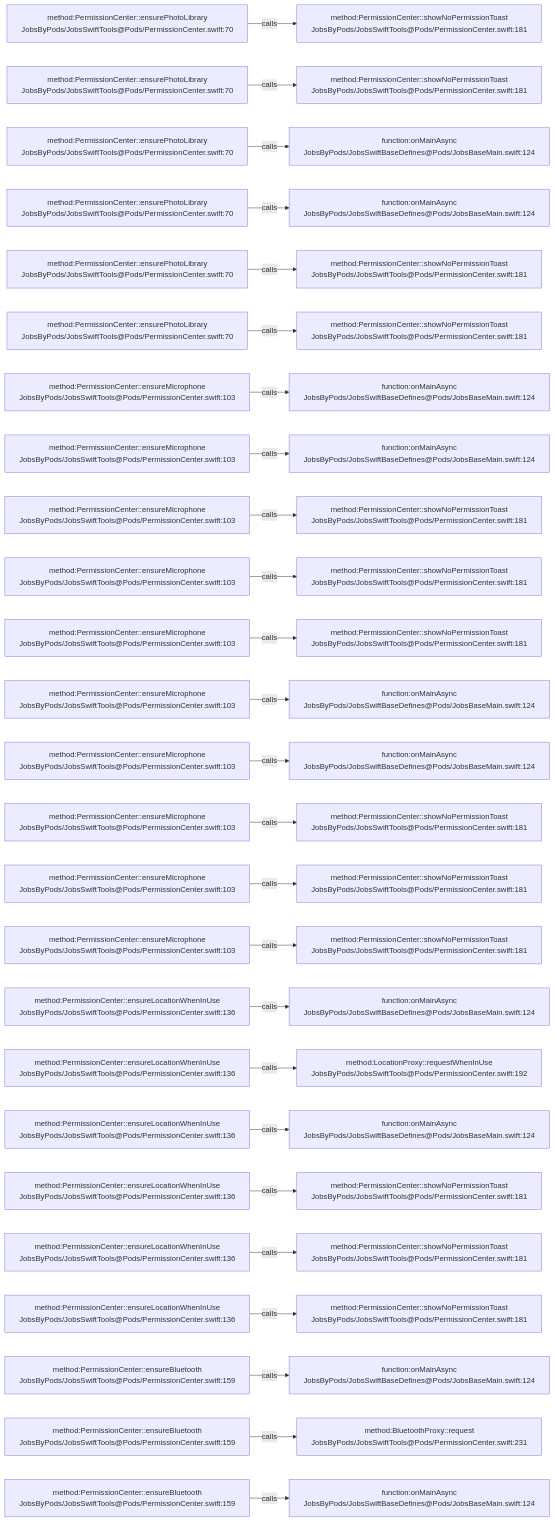
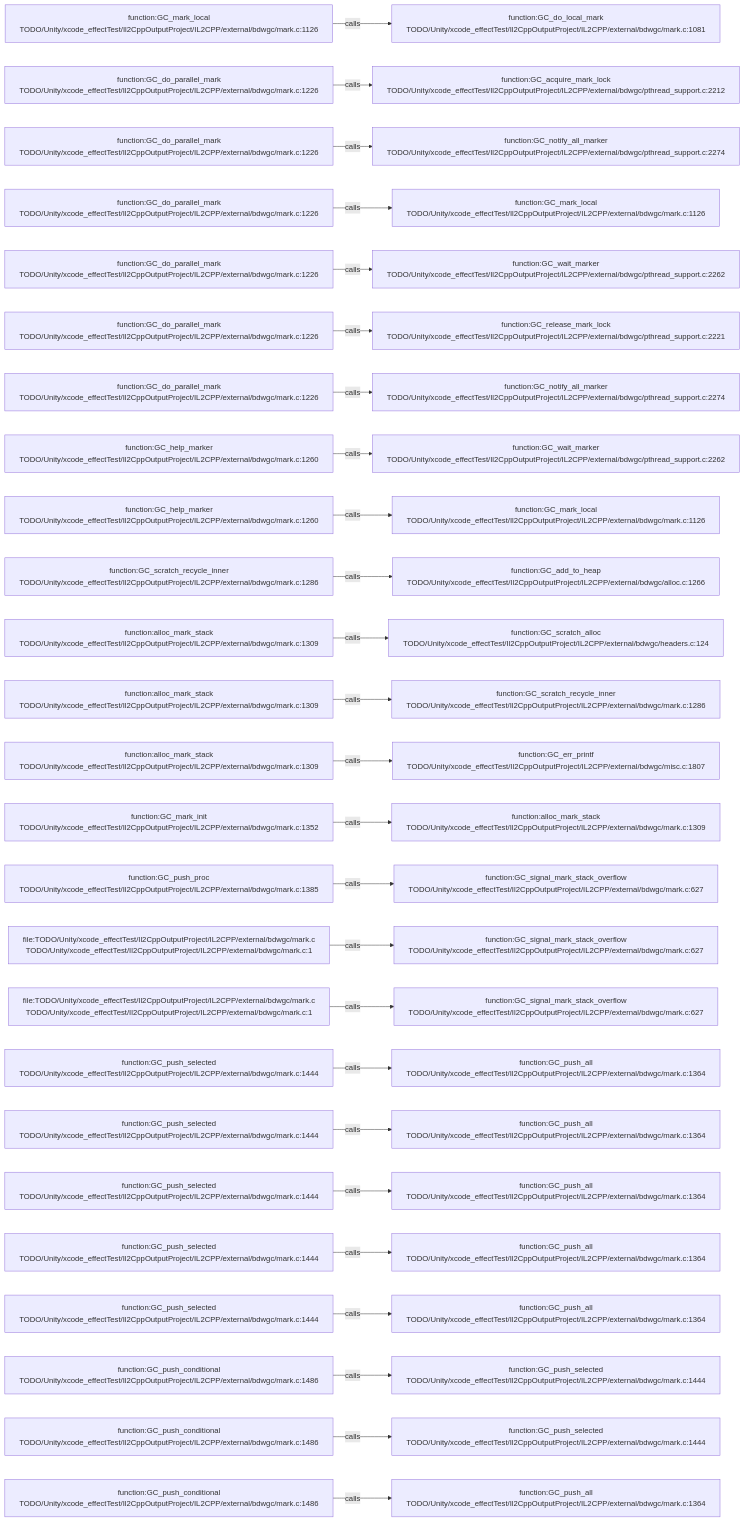
Before and after one commit to JobsKits/JobsSwiftBaseConfigDemo: the diagram in .codegraph/codegraph.md/graphs/calls-199.md, drawn with Mermaid. The commit also changed 569 other files, not shown here.

````diff
--- a/.codegraph/codegraph.md/graphs/calls-199.md
+++ b/.codegraph/codegraph.md/graphs/calls-199.md
@@ -13,78 +13,78 @@
 ```mermaid
 flowchart LR
-  S1["method:PermissionCenter::ensurePhotoLibrary<br/>JobsByPods/JobsSwiftTools@Pods/PermissionCenter.swift:70"]
-  T1["method:PermissionCenter::showNoPermissionToast<br/>JobsByPods/JobsSwiftTools@Pods/PermissionCenter.swift:181"]
+  S1["function:GC_mark_local<br/>TODO/Unity/xcode_effectTest/Il2CppOutputProject/IL2CPP/external/bdwgc/mark.c:1126"]
+  T1["function:GC_do_local_mark<br/>TODO/Unity/xcode_effectTest/Il2CppOutputProject/IL2CPP/external/bdwgc/mark.c:1081"]
   S1 -->|calls| T1
-  S2["method:PermissionCenter::ensurePhotoLibrary<br/>JobsByPods/JobsSwiftTools@Pods/PermissionCenter.swift:70"]
-  T2["method:PermissionCenter::showNoPermissionToast<br/>JobsByPods/JobsSwiftTools@Pods/PermissionCenter.swift:181"]
+  S2["function:GC_do_parallel_mark<br/>TODO/Unity/xcode_effectTest/Il2CppOutputProject/IL2CPP/external/bdwgc/mark.c:1226"]
+  T2["function:GC_acquire_mark_lock<br/>TODO/Unity/xcode_effectTest/Il2CppOutputProject/IL2CPP/external/bdwgc/pthread_support.c:2212"]
   S2 -->|calls| T2
-  S3["method:PermissionCenter::ensurePhotoLibrary<br/>JobsByPods/JobsSwiftTools@Pods/PermissionCenter.swift:70"]
-  T3["function:onMainAsync<br/>JobsByPods/JobsSwiftBaseDefines@Pods/JobsBaseMain.swift:124"]
+  S3["function:GC_do_parallel_mark<br/>TODO/Unity/xcode_effectTest/Il2CppOutputProject/IL2CPP/external/bdwgc/mark.c:1226"]
+  T3["function:GC_notify_all_marker<br/>TODO/Unity/xcode_effectTest/Il2CppOutputProject/IL2CPP/external/bdwgc/pthread_support.c:2274"]
   S3 -->|calls| T3
-  S4["method:PermissionCenter::ensurePhotoLibrary<br/>JobsByPods/JobsSwiftTools@Pods/PermissionCenter.swift:70"]
-  T4["function:onMainAsync<br/>JobsByPods/JobsSwiftBaseDefines@Pods/JobsBaseMain.swift:124"]
+  S4["function:GC_do_parallel_mark<br/>TODO/Unity/xcode_effectTest/Il2CppOutputProject/IL2CPP/external/bdwgc/mark.c:1226"]
+  T4["function:GC_mark_local<br/>TODO/Unity/xcode_effectTest/Il2CppOutputProject/IL2CPP/external/bdwgc/mark.c:1126"]
   S4 -->|calls| T4
-  S5["method:PermissionCenter::ensurePhotoLibrary<br/>JobsByPods/JobsSwiftTools@Pods/PermissionCenter.swift:70"]
-  T5["method:PermissionCenter::showNoPermissionToast<br/>JobsByPods/JobsSwiftTools@Pods/PermissionCenter.swift:181"]
+  S5["function:GC_do_parallel_mark<br/>TODO/Unity/xcode_effectTest/Il2CppOutputProject/IL2CPP/external/bdwgc/mark.c:1226"]
+  T5["function:GC_wait_marker<br/>TODO/Unity/xcode_effectTest/Il2CppOutputProject/IL2CPP/external/bdwgc/pthread_support.c:2262"]
   S5 -->|calls| T5
-  S6["method:PermissionCenter::ensurePhotoLibrary<br/>JobsByPods/JobsSwiftTools@Pods/PermissionCenter.swift:70"]
-  T6["method:PermissionCenter::showNoPermissionToast<br/>JobsByPods/JobsSwiftTools@Pods/PermissionCenter.swift:181"]
+  S6["function:GC_do_parallel_mark<br/>TODO/Unity/xcode_effectTest/Il2CppOutputProject/IL2CPP/external/bdwgc/mark.c:1226"]
+  T6["function:GC_release_mark_lock<br/>TODO/Unity/xcode_effectTest/Il2CppOutputProject/IL2CPP/external/bdwgc/pthread_support.c:2221"]
   S6 -->|calls| T6
-  S7["method:PermissionCenter::ensureMicrophone<br/>JobsByPods/JobsSwiftTools@Pods/PermissionCenter.swift:103"]
-  T7["function:onMainAsync<br/>JobsByPods/JobsSwiftBaseDefines@Pods/JobsBaseMain.swift:124"]
+  S7["function:GC_do_parallel_mark<br/>TODO/Unity/xcode_effectTest/Il2CppOutputProject/IL2CPP/external/bdwgc/mark.c:1226"]
+  T7["function:GC_notify_all_marker<br/>TODO/Unity/xcode_effectTest/Il2CppOutputProject/IL2CPP/external/bdwgc/pthread_support.c:2274"]
   S7 -->|calls| T7
-  S8["method:PermissionCenter::ensureMicrophone<br/>JobsByPods/JobsSwiftTools@Pods/PermissionCenter.swift:103"]
-  T8["function:onMainAsync<br/>JobsByPods/JobsSwiftBaseDefines@Pods/JobsBaseMain.swift:124"]
+  S8["function:GC_help_marker<br/>TODO/Unity/xcode_effectTest/Il2CppOutputProject/IL2CPP/external/bdwgc/mark.c:1260"]
+  T8["function:GC_wait_marker<br/>TODO/Unity/xcode_effectTest/Il2CppOutputProject/IL2CPP/external/bdwgc/pthread_support.c:2262"]
   S8 -->|calls| T8
-  S9["method:PermissionCenter::ensureMicrophone<br/>JobsByPods/JobsSwiftTools@Pods/PermissionCenter.swift:103"]
-  T9["method:PermissionCenter::showNoPermissionToast<br/>JobsByPods/JobsSwiftTools@Pods/PermissionCenter.swift:181"]
+  S9["function:GC_help_marker<br/>TODO/Unity/xcode_effectTest/Il2CppOutputProject/IL2CPP/external/bdwgc/mark.c:1260"]
+  T9["function:GC_mark_local<br/>TODO/Unity/xcode_effectTest/Il2CppOutputProject/IL2CPP/external/bdwgc/mark.c:1126"]
   S9 -->|calls| T9
-  S10["method:PermissionCenter::ensureMicrophone<br/>JobsByPods/JobsSwiftTools@Pods/PermissionCenter.swift:103"]
-  T10["method:PermissionCenter::showNoPermissionToast<br/>JobsByPods/JobsSwiftTools@Pods/PermissionCenter.swift:181"]
+  S10["function:GC_scratch_recycle_inner<br/>TODO/Unity/xcode_effectTest/Il2CppOutputProject/IL2CPP/external/bdwgc/mark.c:1286"]
+  T10["function:GC_add_to_heap<br/>TODO/Unity/xcode_effectTest/Il2CppOutputProject/IL2CPP/external/bdwgc/alloc.c:1266"]
   S10 -->|calls| T10
-  S11["method:PermissionCenter::ensureMicrophone<br/>JobsByPods/JobsSwiftTools@Pods/PermissionCenter.swift:103"]
-  T11["method:PermissionCenter::showNoPermissionToast<br/>JobsByPods/JobsSwiftTools@Pods/PermissionCenter.swift:181"]
+  S11["function:alloc_mark_stack<br/>TODO/Unity/xcode_effectTest/Il2CppOutputProject/IL2CPP/external/bdwgc/mark.c:1309"]
+  T11["function:GC_scratch_alloc<br/>TODO/Unity/xcode_effectTest/Il2CppOutputProject/IL2CPP/external/bdwgc/headers.c:124"]
   S11 -->|calls| T11
-  S12["method:PermissionCenter::ensureMicrophone<br/>JobsByPods/JobsSwiftTools@Pods/PermissionCenter.swift:103"]
-  T12["function:onMainAsync<br/>JobsByPods/JobsSwiftBaseDefines@Pods/JobsBaseMain.swift:124"]
+  S12["function:alloc_mark_stack<br/>TODO/Unity/xcode_effectTest/Il2CppOutputProject/IL2CPP/external/bdwgc/mark.c:1309"]
+  T12["function:GC_scratch_recycle_inner<br/>TODO/Unity/xcode_effectTest/Il2CppOutputProject/IL2CPP/external/bdwgc/mark.c:1286"]
   S12 -->|calls| T12
-  S13["method:PermissionCenter::ensureMicrophone<br/>JobsByPods/JobsSwiftTools@Pods/PermissionCenter.swift:103"]
-  T13["function:onMainAsync<br/>JobsByPods/JobsSwiftBaseDefines@Pods/JobsBaseMain.swift:124"]
+  S13["function:alloc_mark_stack<br/>TODO/Unity/xcode_effectTest/Il2CppOutputProject/IL2CPP/external/bdwgc/mark.c:1309"]
+  T13["function:GC_err_printf<br/>TODO/Unity/xcode_effectTest/Il2CppOutputProject/IL2CPP/external/bdwgc/misc.c:1807"]
   S13 -->|calls| T13
-  S14["method:PermissionCenter::ensureMicrophone<br/>JobsByPods/JobsSwiftTools@Pods/PermissionCenter.swift:103"]
-  T14["method:PermissionCenter::showNoPermissionToast<br/>JobsByPods/JobsSwiftTools@Pods/PermissionCenter.swift:181"]
+  S14["function:GC_mark_init<br/>TODO/Unity/xcode_effectTest/Il2CppOutputProject/IL2CPP/external/bdwgc/mark.c:1352"]
+  T14["function:alloc_mark_stack<br/>TODO/Unity/xcode_effectTest/Il2CppOutputProject/IL2CPP/external/bdwgc/mark.c:1309"]
   S14 -->|calls| T14
-  S15["method:PermissionCenter::ensureMicrophone<br/>JobsByPods/JobsSwiftTools@Pods/PermissionCenter.swift:103"]
-  T15["method:PermissionCenter::showNoPermissionToast<br/>JobsByPods/JobsSwiftTools@Pods/PermissionCenter.swift:181"]
+  S15["function:GC_push_proc<br/>TODO/Unity/xcode_effectTest/Il2CppOutputProject/IL2CPP/external/bdwgc/mark.c:1385"]
+  T15["function:GC_signal_mark_stack_overflow<br/>TODO/Unity/xcode_effectTest/Il2CppOutputProject/IL2CPP/external/bdwgc/mark.c:627"]
   S15 -->|calls| T15
-  S16["method:PermissionCenter::ensureMicrophone<br/>JobsByPods/JobsSwiftTools@Pods/PermissionCenter.swift:103"]
-  T16["method:PermissionCenter::showNoPermissionToast<br/>JobsByPods/JobsSwiftTools@Pods/PermissionCenter.swift:181"]
+  S16["file:TODO/Unity/xcode_effectTest/Il2CppOutputProject/IL2CPP/external/bdwgc/mark.c<br/>TODO/Unity/xcode_effectTest/Il2CppOutputProject/IL2CPP/external/bdwgc/mark.c:1"]
+  T16["function:GC_signal_mark_stack_overflow<br/>TODO/Unity/xcode_effectTest/Il2CppOutputProject/IL2CPP/external/bdwgc/mark.c:627"]
   S16 -->|calls| T16
-  S17["method:PermissionCenter::ensureLocationWhenInUse<br/>JobsByPods/JobsSwiftTools@Pods/PermissionCenter.swift:136"]
-  T17["function:onMainAsync<br/>JobsByPods/JobsSwiftBaseDefines@Pods/JobsBaseMain.swift:124"]
+  S17["file:TODO/Unity/xcode_effectTest/Il2CppOutputProject/IL2CPP/external/bdwgc/mark.c<br/>TODO/Unity/xcode_effectTest/Il2CppOutputProject/IL2CPP/external/bdwgc/mark.c:1"]
+  T17["function:GC_signal_mark_stack_overflow<br/>TODO/Unity/xcode_effectTest/Il2CppOutputProject/IL2CPP/external/bdwgc/mark.c:627"]
   S17 -->|calls| T17
-  S18["method:PermissionCenter::ensureLocationWhenInUse<br/>JobsByPods/JobsSwiftTools@Pods/PermissionCenter.swift:136"]
-  T18["method:LocationProxy::requestWhenInUse<br/>JobsByPods/JobsSwiftTools@Pods/PermissionCenter.swift:192"]
+  S18["function:GC_push_selected<br/>TODO/Unity/xcode_effectTest/Il2CppOutputProject/IL2CPP/external/bdwgc/mark.c:1444"]
+  T18["function:GC_push_all<br/>TODO/Unity/xcode_effectTest/Il2CppOutputProject/IL2CPP/external/bdwgc/mark.c:1364"]
   S18 -->|calls| T18
-  S19["method:PermissionCenter::ensureLocationWhenInUse<br/>JobsByPods/JobsSwiftTools@Pods/PermissionCenter.swift:136"]
-  T19["function:onMainAsync<br/>JobsByPods/JobsSwiftBaseDefines@Pods/JobsBaseMain.swift:124"]
+  S19["function:GC_push_selected<br/>TODO/Unity/xcode_effectTest/Il2CppOutputProject/IL2CPP/external/bdwgc/mark.c:1444"]
+  T19["function:GC_push_all<br/>TODO/Unity/xcode_effectTest/Il2CppOutputProject/IL2CPP/external/bdwgc/mark.c:1364"]
   S19 -->|calls| T19
-  S20["method:PermissionCenter::ensureLocationWhenInUse<br/>JobsByPods/JobsSwiftTools@Pods/PermissionCenter.swift:136"]
-  T20["method:PermissionCenter::showNoPermissionToast<br/>JobsByPods/JobsSwiftTools@Pods/PermissionCenter.swift:181"]
+  S20["function:GC_push_selected<br/>TODO/Unity/xcode_effectTest/Il2CppOutputProject/IL2CPP/external/bdwgc/mark.c:1444"]
+  T20["function:GC_push_all<br/>TODO/Unity/xcode_effectTest/Il2CppOutputProject/IL2CPP/external/bdwgc/mark.c:1364"]
   S20 -->|calls| T20
-  S21["method:PermissionCenter::ensureLocationWhenInUse<br/>JobsByPods/JobsSwiftTools@Pods/PermissionCenter.swift:136"]
-  T21["method:PermissionCenter::showNoPermissionToast<br/>JobsByPods/JobsSwiftTools@Pods/PermissionCenter.swift:181"]
+  S21["function:GC_push_selected<br/>TODO/Unity/xcode_effectTest/Il2CppOutputProject/IL2CPP/external/bdwgc/mark.c:1444"]
+  T21["function:GC_push_all<br/>TODO/Unity/xcode_effectTest/Il2CppOutputProject/IL2CPP/external/bdwgc/mark.c:1364"]
   S21 -->|calls| T21
-  S22["method:PermissionCenter::ensureLocationWhenInUse<br/>JobsByPods/JobsSwiftTools@Pods/PermissionCenter.swift:136"]
-  T22["method:PermissionCenter::showNoPermissionToast<br/>JobsByPods/JobsSwiftTools@Pods/PermissionCenter.swift:181"]
+  S22["function:GC_push_selected<br/>TODO/Unity/xcode_effectTest/Il2CppOutputProject/IL2CPP/external/bdwgc/mark.c:1444"]
+  T22["function:GC_push_all<br/>TODO/Unity/xcode_effectTest/Il2CppOutputProject/IL2CPP/external/bdwgc/mark.c:1364"]
   S22 -->|calls| T22
-  S23["method:PermissionCenter::ensureBluetooth<br/>JobsByPods/JobsSwiftTools@Pods/PermissionCenter.swift:159"]
-  T23["function:onMainAsync<br/>JobsByPods/JobsSwiftBaseDefines@Pods/JobsBaseMain.swift:124"]
+  S23["function:GC_push_conditional<br/>TODO/Unity/xcode_effectTest/Il2CppOutputProject/IL2CPP/external/bdwgc/mark.c:1486"]
+  T23["function:GC_push_selected<br/>TODO/Unity/xcode_effectTest/Il2CppOutputProject/IL2CPP/external/bdwgc/mark.c:1444"]
   S23 -->|calls| T23
-  S24["method:PermissionCenter::ensureBluetooth<br/>JobsByPods/JobsSwiftTools@Pods/PermissionCenter.swift:159"]
-  T24["method:BluetoothProxy::request<br/>JobsByPods/JobsSwiftTools@Pods/PermissionCenter.swift:231"]
+  S24["function:GC_push_conditional<br/>TODO/Unity/xcode_effectTest/Il2CppOutputProject/IL2CPP/external/bdwgc/mark.c:1486"]
+  T24["function:GC_push_selected<br/>TODO/Unity/xcode_effectTest/Il2CppOutputProject/IL2CPP/external/bdwgc/mark.c:1444"]
   S24 -->|calls| T24
-  S25["method:PermissionCenter::ensureBluetooth<br/>JobsByPods/JobsSwiftTools@Pods/PermissionCenter.swift:159"]
-  T25["function:onMainAsync<br/>JobsByPods/JobsSwiftBaseDefines@Pods/JobsBaseMain.swift:124"]
+  S25["function:GC_push_conditional<br/>TODO/Unity/xcode_effectTest/Il2CppOutputProject/IL2CPP/external/bdwgc/mark.c:1486"]
+  T25["function:GC_push_all<br/>TODO/Unity/xcode_effectTest/Il2CppOutputProject/IL2CPP/external/bdwgc/mark.c:1364"]
   S25 -->|calls| T25
 ```
````
